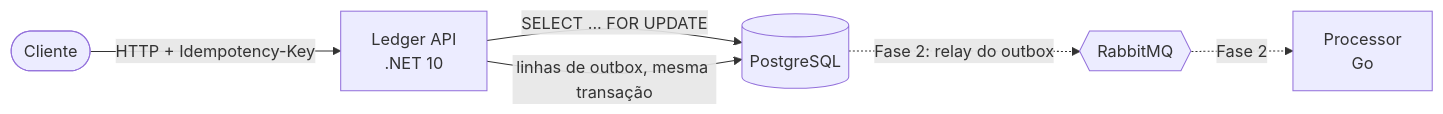
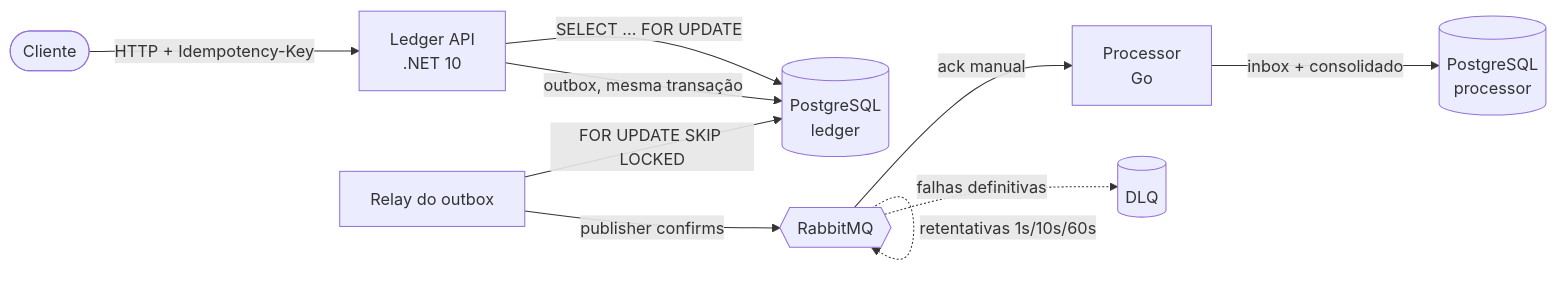
The diagram in README.md (alaxpereira/payflow), drawn with Mermaid before and after one commit. The commit also changed other lines of this file and 42 other files, not shown here.

First line of the commit message:
feat: Fase 2 - relay do outbox, RabbitMQ e processor em Go

````diff
--- a/README.md
+++ b/README.md
@@ -12,8 +12,12 @@
 ```mermaid
 flowchart LR
     client([Cliente]) -->|HTTP + Idempotency-Key| ledger[Ledger API<br/>.NET 10]
-    ledger -->|SELECT ... FOR UPDATE| pg[(PostgreSQL)]
-    ledger -->|linhas de outbox, mesma transação| pg
-    pg -. Fase 2: relay do outbox .-> mq{{RabbitMQ}}
-    mq -. Fase 2 .-> processor[Processor<br/>Go]
+    ledger -->|SELECT ... FOR UPDATE| ldb[(PostgreSQL<br/>ledger)]
+    ledger -->|outbox, mesma transação| ldb
+    relay[Relay do outbox] -->|FOR UPDATE SKIP LOCKED| ldb
+    relay -->|publisher confirms| mq{{RabbitMQ}}
+    mq -->|ack manual| processor[Processor<br/>Go]
+    mq -.->|retentativas 1s/10s/60s| mq
+    mq -.->|falhas definitivas| dlq[(DLQ)]
+    processor -->|inbox + consolidado| pdb[(PostgreSQL<br/>processor)]
 ```
````
